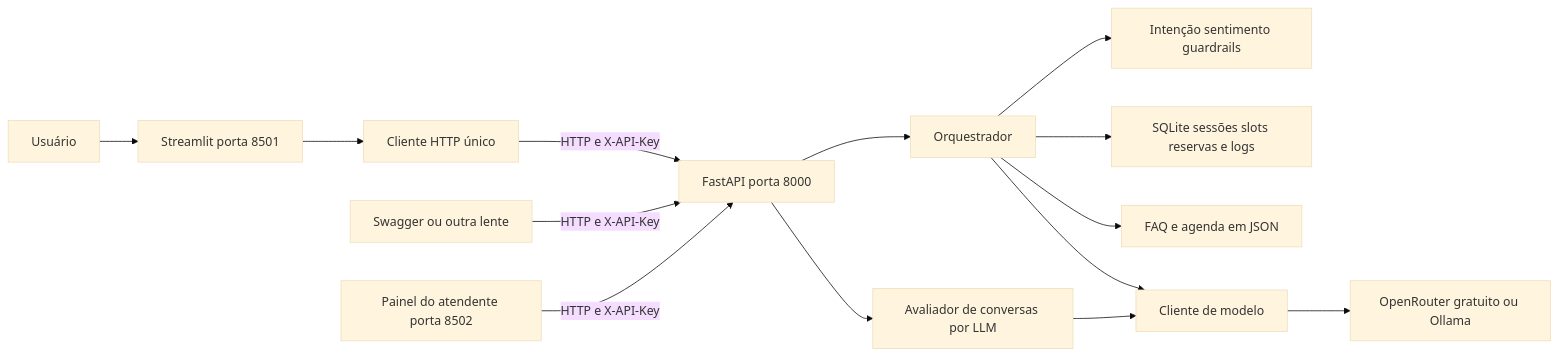
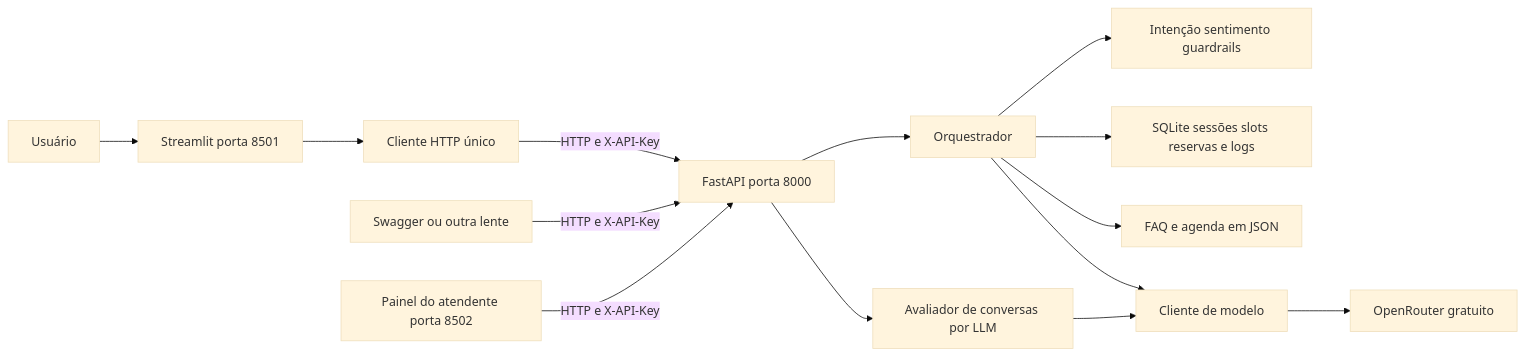
The diagram in README.md (betitanx/CP2-PLN-FrontEnd), drawn with Mermaid (base theme) before and after one commit.

Commit message:
docs: mostrar apenas OpenRouter no diagrama de arquitetura

````diff
--- a/README.md
+++ b/README.md
@@ -21,16 +21,16 @@
 ```mermaid
 flowchart LR
     U[Usuário] --> F[Streamlit porta 8501]
     F --> C[Cliente HTTP único]
     C -->|HTTP e X-API-Key| A[FastAPI porta 8000]
     D[Swagger ou outra lente] -->|HTTP e X-API-Key| A
     H[Painel do atendente porta 8502] -->|HTTP e X-API-Key| A
     A --> O[Orquestrador]
     O --> N[Intenção sentimento guardrails]
     O --> S[SQLite sessões slots reservas e logs]
     O --> Q[FAQ e agenda em JSON]
     O --> L[Cliente de modelo]
     A --> J[Avaliador de conversas por LLM]
     J --> L
-    L --> M[OpenRouter gratuito ou Ollama]
+    L --> M[OpenRouter gratuito]
 ```
````
